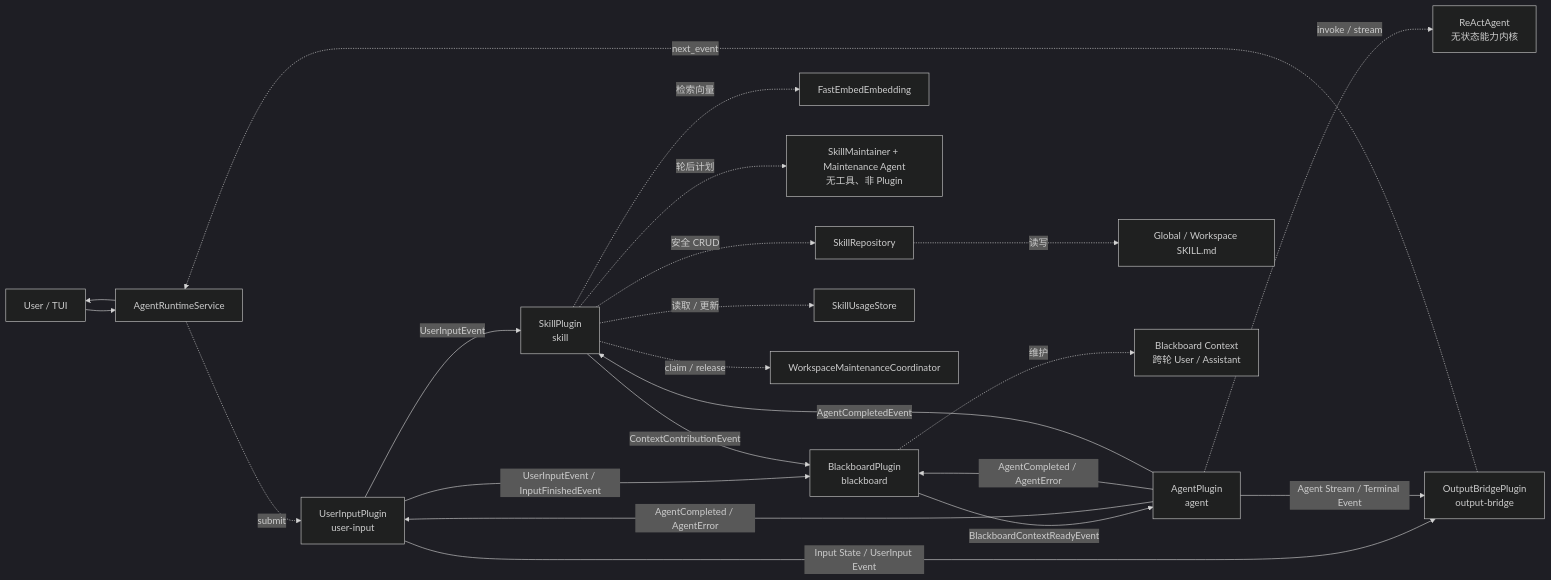
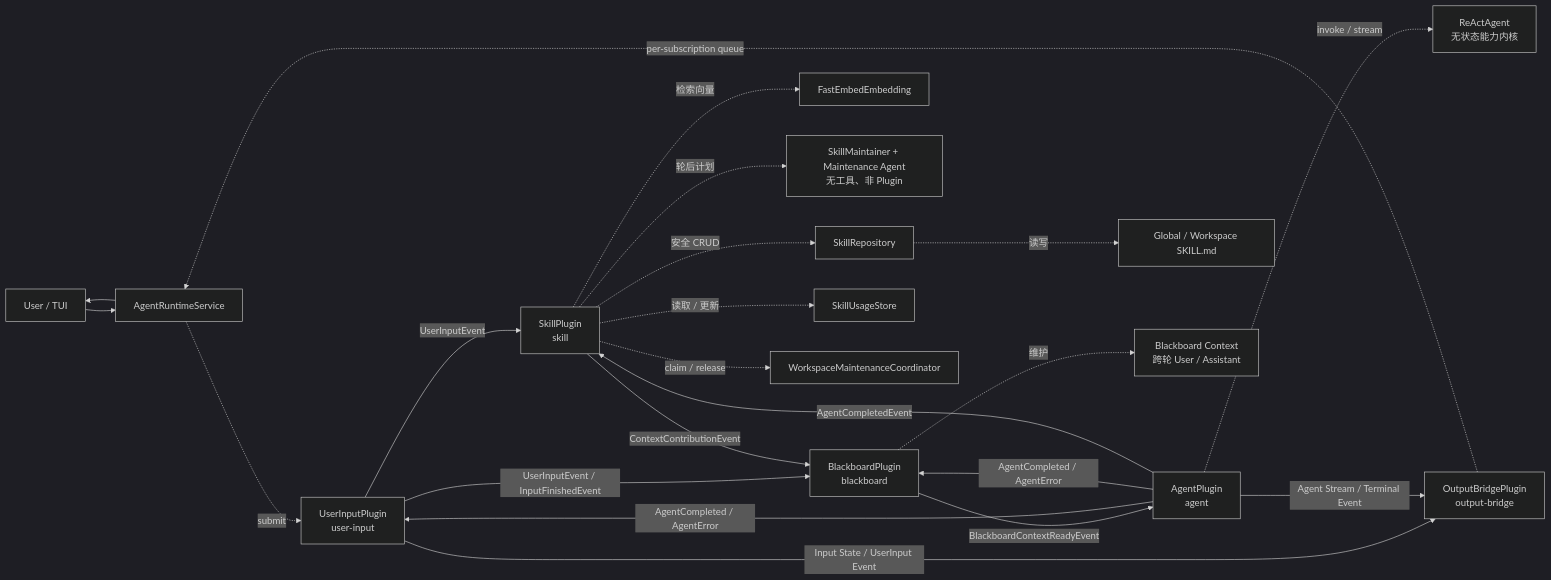
The first of 4 diagrams in apps/agent/docs/arch/plugin-event-flow-current-state.md (Removel/Icarus), drawn with Mermaid (dark theme) before and after one commit. The commit also changed other lines of this file and 11 other files, not shown here.

````diff
--- a/apps/agent/docs/arch/plugin-event-flow-current-state.md
+++ b/apps/agent/docs/arch/plugin-event-flow-current-state.md
@@ -80,47 +80,47 @@
 ```mermaid
 flowchart LR
     User["User / TUI"]
     Service["AgentRuntimeService"]
 
     U["UserInputPlugin\nuser-input"]
     S["SkillPlugin\nskill"]
     B["BlackboardPlugin\nblackboard"]
     A["AgentPlugin\nagent"]
     O["OutputBridgePlugin\noutput-bridge"]
 
     ReAct["ReActAgent\n无状态能力内核"]
     Embed["FastEmbedEmbedding"]
     Maintainer["SkillMaintainer + Maintenance Agent\n无工具、非 Plugin"]
     Repo["SkillRepository"]
     Usage["SkillUsageStore"]
     Coord["WorkspaceMaintenanceCoordinator"]
     Files["Global / Workspace SKILL.md"]
     History["Blackboard Context\n跨轮 User / Assistant"]
 
     User --> Service
     Service -. "submit" .-> U
 
     U -- "UserInputEvent" --> S
     U -- "UserInputEvent / InputFinishedEvent" --> B
     U -- "Input State / UserInput Event" --> O
 
     S -- "ContextContributionEvent" --> B
     B -- "BlackboardContextReadyEvent" --> A
 
     A -- "AgentCompleted / AgentError" --> U
     A -- "AgentCompleted / AgentError" --> B
     A -- "AgentCompletedEvent" --> S
     A -- "Agent Stream / Terminal Event" --> O
 
-    O -. "next_event" .-> Service
+    O -. "per-subscription queue" .-> Service
     Service --> User
 
     A -. "invoke / stream" .-> ReAct
     B -. "维护" .-> History
     S -. "检索向量" .-> Embed
     S -. "读取 / 更新" .-> Usage
     S -. "claim / release" .-> Coord
     S -. "轮后计划" .-> Maintainer
     S -. "安全 CRUD" .-> Repo
     Repo -. "读写" .-> Files
 ```
````
